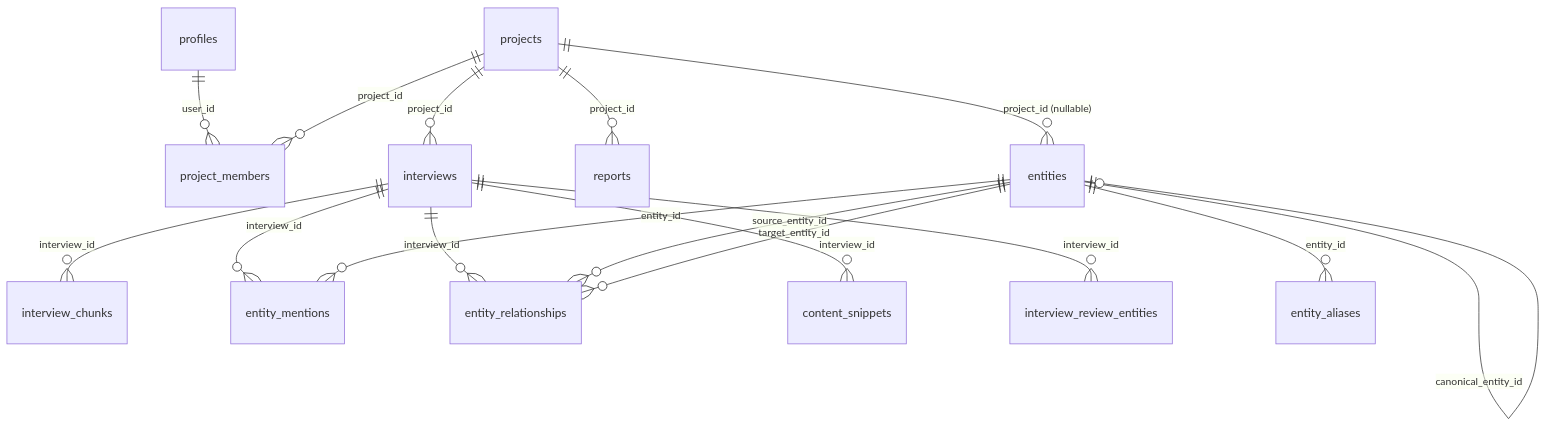
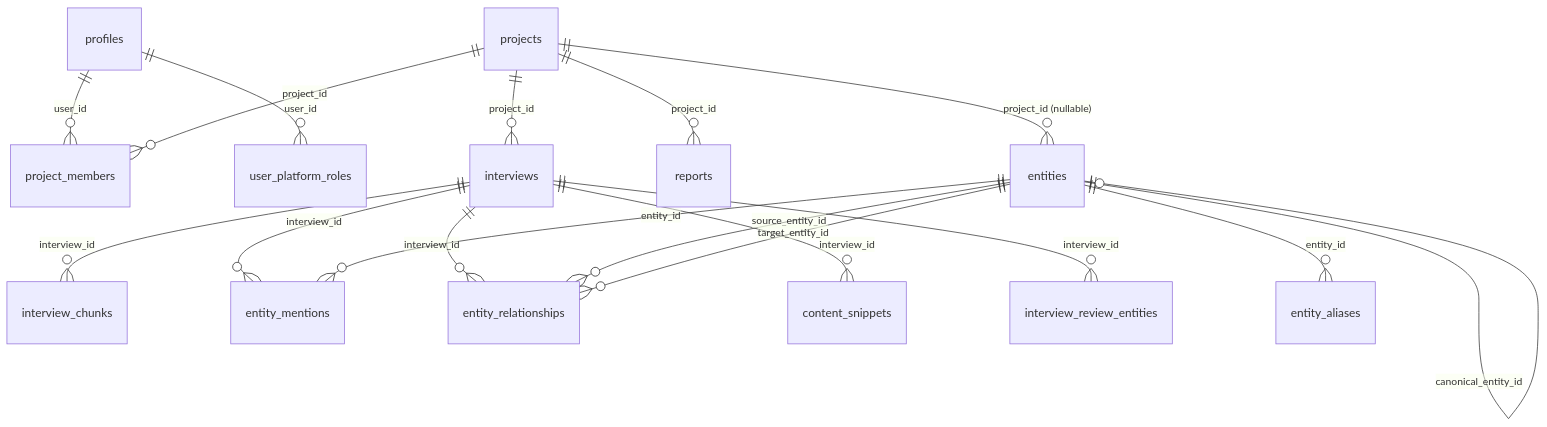
Before and after one commit to carlosmatac/sovereign-data: the first of 3 diagrams in docs/infrastructure/database-schema.md, drawn with Mermaid. The commit also changed other lines of this file and 12 other files, not shown here.

First line of the commit message:
feat(auth): platform roles (member/platform_admin), RLS, /admin gating

````diff
--- a/docs/infrastructure/database-schema.md
+++ b/docs/infrastructure/database-schema.md
@@ -25,18 +25,19 @@
 ```mermaid
 erDiagram
     profiles ||--o{ project_members : "user_id"
+    profiles ||--o{ user_platform_roles : "user_id"
     projects ||--o{ project_members : "project_id"
     projects ||--o{ interviews : "project_id"
     projects ||--o{ reports : "project_id"
     projects ||--o{ entities : "project_id (nullable)"
     interviews ||--o{ interview_chunks : "interview_id"
     interviews ||--o{ entity_mentions : "interview_id"
     interviews ||--o{ entity_relationships : "interview_id"
     interviews ||--o{ content_snippets : "interview_id"
     interviews ||--o{ interview_review_entities : "interview_id"
     entities ||--o{ entity_mentions : "entity_id"
     entities ||--o{ entity_aliases : "entity_id"
     entities ||--o{ entity_relationships : "source_entity_id"
     entities ||--o{ entity_relationships : "target_entity_id"
     entities ||--o| entities : "canonical_entity_id"
 ```
````
